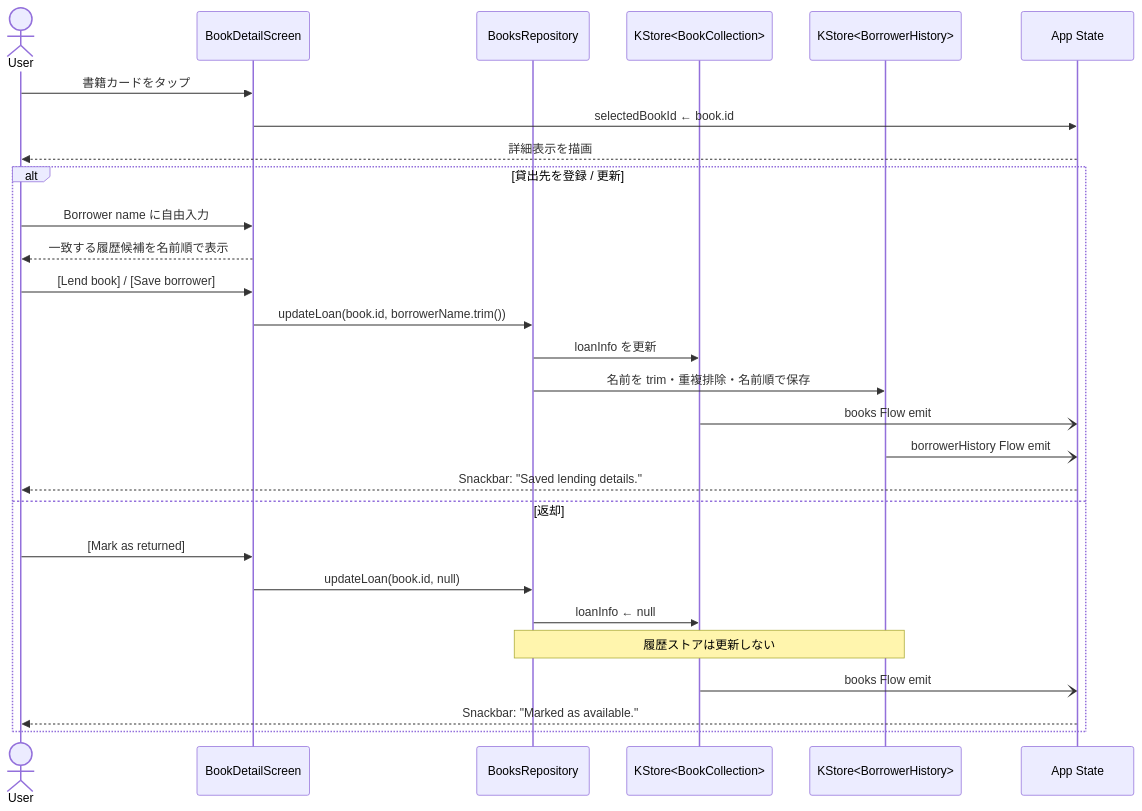
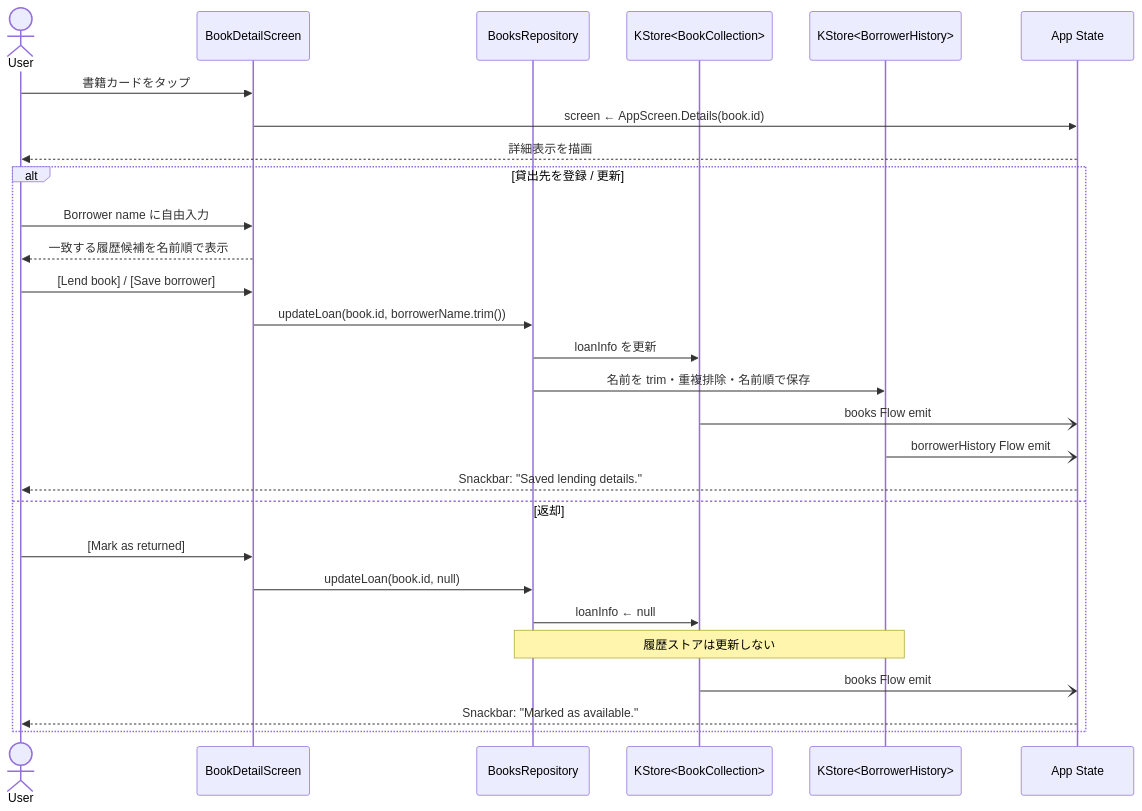
The third of 4 diagrams in docs/BASIC_DESIGN.md (nakasho-dev/Recobook), drawn with Mermaid before and after one commit. The commit also changed other lines of this file and 11 other files, not shown here.

````diff
--- a/docs/BASIC_DESIGN.md
+++ b/docs/BASIC_DESIGN.md
@@ -693,32 +771,32 @@
 ```mermaid
 sequenceDiagram
     actor User
     participant Detail as BookDetailScreen
     participant Repo as BooksRepository
     participant BookStore as KStore<BookCollection>
     participant HistoryStore as KStore<BorrowerHistory>
     participant App as App State
 
     User->>Detail: 書籍カードをタップ
-    Detail->>App: selectedBookId ← book.id
+    Detail->>App: screen ← AppScreen.Details(book.id)
     App-->>User: 詳細表示を描画
 
     alt 貸出先を登録 / 更新
         User->>Detail: Borrower name に自由入力
         Detail-->>User: 一致する履歴候補を名前順で表示
         User->>Detail: [Lend book] / [Save borrower]
         Detail->>Repo: updateLoan(book.id, borrowerName.trim())
         Repo->>BookStore: loanInfo を更新
         Repo->>HistoryStore: 名前を trim・重複排除・名前順で保存
         BookStore-)App: books Flow emit
         HistoryStore-)App: borrowerHistory Flow emit
         App-->>User: Snackbar: "Saved lending details."
     else 返却
         User->>Detail: [Mark as returned]
         Detail->>Repo: updateLoan(book.id, null)
         Repo->>BookStore: loanInfo ← null
         Note over Repo,HistoryStore: 履歴ストアは更新しない
         BookStore-)App: books Flow emit
         App-->>User: Snackbar: "Marked as available."
     end
 ```
````
